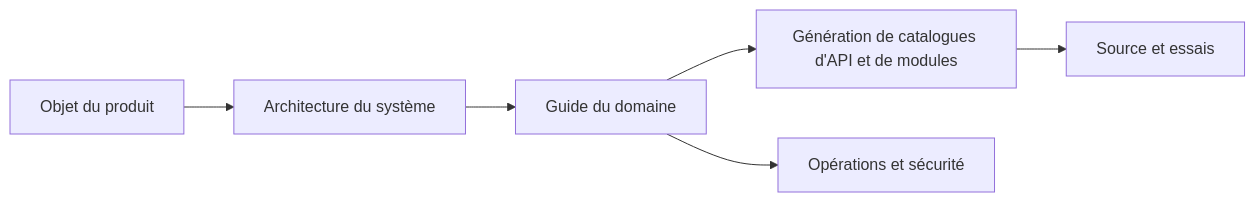
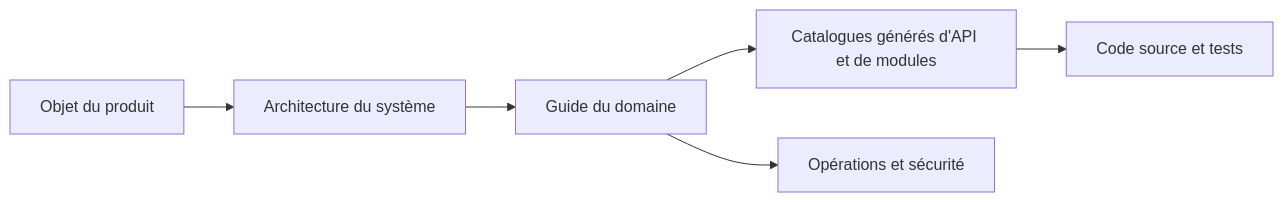
Before and after one commit to ismigar/Gnosi: the diagram in docs/engineering-fr/index.md, drawn with Mermaid. The commit also changed other lines of this file and 96 other files, not shown here.

````diff
--- a/docs/engineering-fr/index.md
+++ b/docs/engineering-fr/index.md
@@ -30,8 +30,8 @@
 ```mermaid
 flowchart LR
     A["Objet du produit"] --> B["Architecture du système"]
     B --> C["Guide du domaine"]
-    C --> D["Génération de catalogues d'API et de modules"]
-    D --> E["Source et essais"]
+    C --> D["Catalogues générés d'API et de modules"]
+    D --> E["Code source et tests"]
     C --> F["Opérations et sécurité"]
 ```
````
